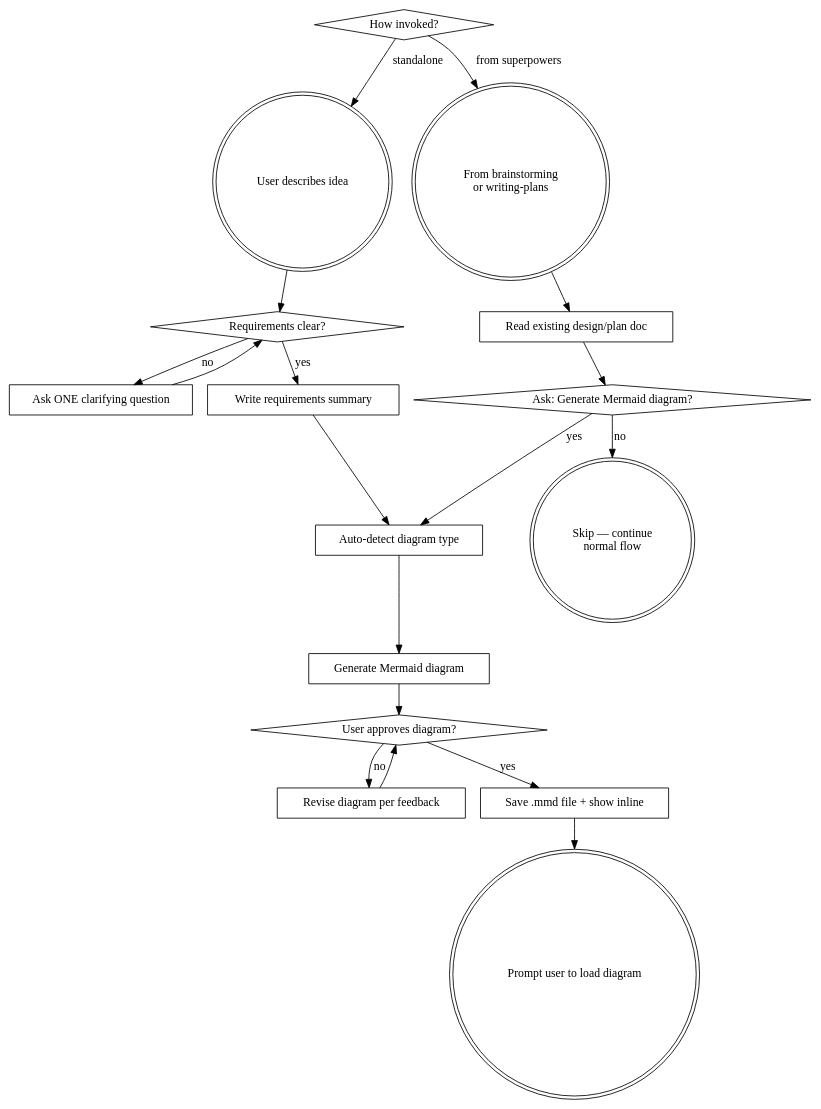
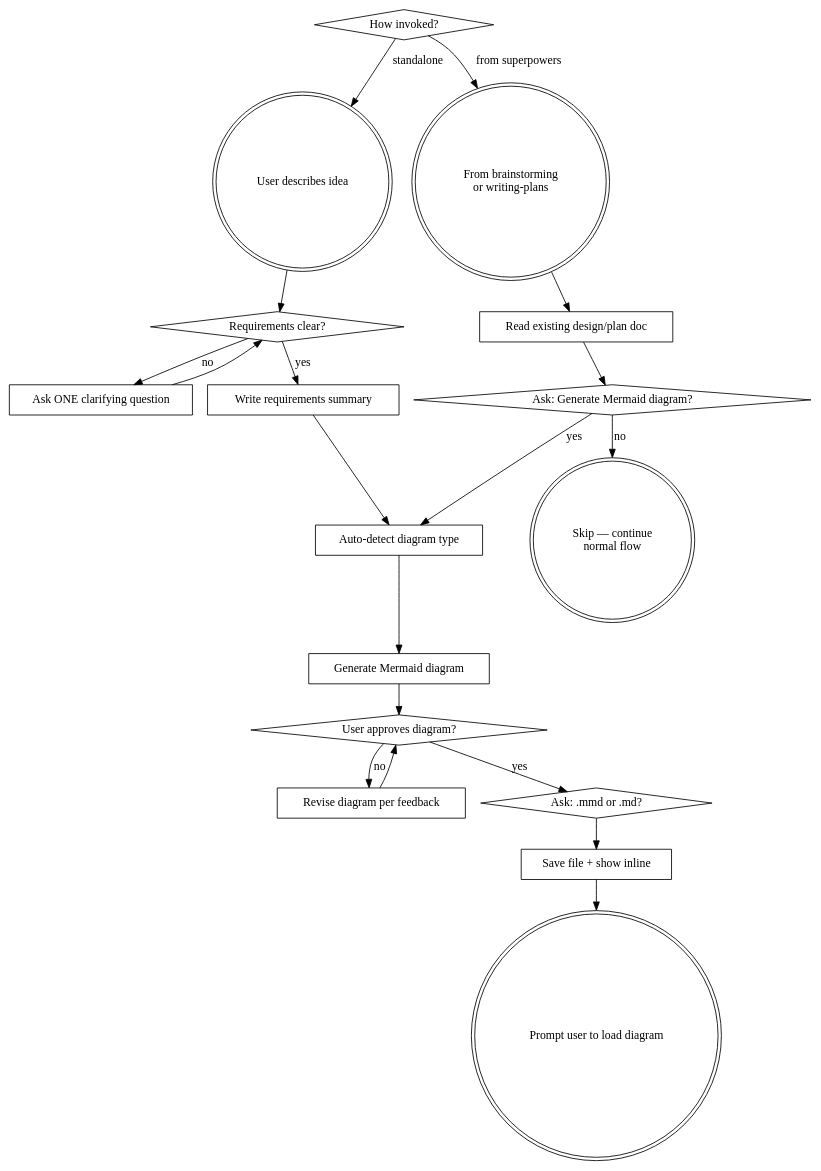
Before and after one commit to saturn-imanshu/prompt-to-mermaid-skill: the diagram in SKILL.md, drawn with Graphviz. The commit also changed other lines of this file and 1 other file, not shown here.

First line of the commit message:
Add output format choice: .mmd or .md with mermaid code fence

````diff
--- a/SKILL.md
+++ b/SKILL.md
@@ -12,40 +12,42 @@
 ```dot
 digraph prompt_to_mermaid {
     "Entry point" [shape=diamond, label="How invoked?"];
     "User describes idea" [shape=doublecircle];
     "Superpowers handoff" [shape=doublecircle, label="From brainstorming\nor writing-plans"];
     "Requirements clear?" [shape=diamond];
     "Ask ONE clarifying question" [shape=box];
     "Write requirements summary" [shape=box];
     "Read existing design/plan doc" [shape=box];
     "Ask: Generate Mermaid diagram?" [shape=diamond];
     "Auto-detect diagram type" [shape=box];
     "Generate Mermaid diagram" [shape=box];
     "User approves diagram?" [shape=diamond];
     "Revise diagram per feedback" [shape=box];
-    "Save .mmd file + show inline" [shape=box];
+    "Ask: output format?" [shape=diamond, label="Ask: .mmd or .md?"];
+    "Save file + show inline" [shape=box];
     "Prompt user to load diagram" [shape=doublecircle];
     "User declines" [shape=doublecircle, label="Skip — continue\nnormal flow"];
 
     "Entry point" -> "User describes idea" [label="standalone"];
     "Entry point" -> "Superpowers handoff" [label="from superpowers"];
 
     "User describes idea" -> "Requirements clear?";
     "Requirements clear?" -> "Ask ONE clarifying question" [label="no"];
     "Ask ONE clarifying question" -> "Requirements clear?";
     "Requirements clear?" -> "Write requirements summary" [label="yes"];
     "Write requirements summary" -> "Auto-detect diagram type";
 
     "Superpowers handoff" -> "Read existing design/plan doc";
     "Read existing design/plan doc" -> "Ask: Generate Mermaid diagram?";
     "Ask: Generate Mermaid diagram?" -> "Auto-detect diagram type" [label="yes"];
     "Ask: Generate Mermaid diagram?" -> "User declines" [label="no"];
 
     "Auto-detect diagram type" -> "Generate Mermaid diagram";
     "Generate Mermaid diagram" -> "User approves diagram?";
     "User approves diagram?" -> "Revise diagram per feedback" [label="no"];
     "Revise diagram per feedback" -> "User approves diagram?";
-    "User approves diagram?" -> "Save .mmd file + show inline" [label="yes"];
-    "Save .mmd file + show inline" -> "Prompt user to load diagram";
+    "User approves diagram?" -> "Ask: output format?" [label="yes"];
+    "Ask: output format?" -> "Save file + show inline";
+    "Save file + show inline" -> "Prompt user to load diagram";
 }
 ```
````
